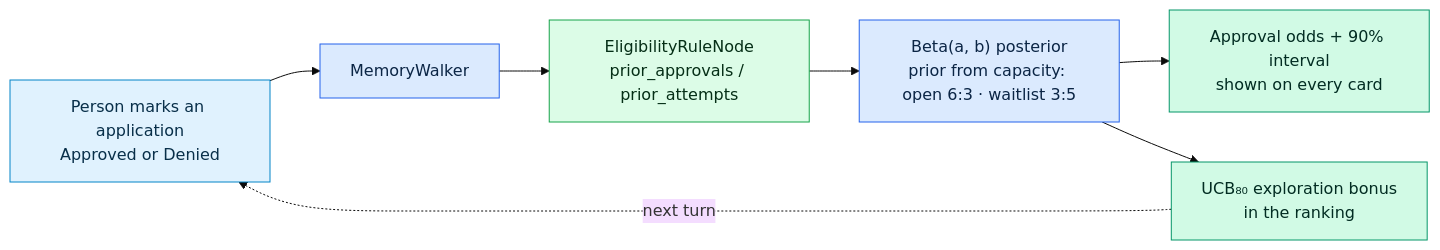
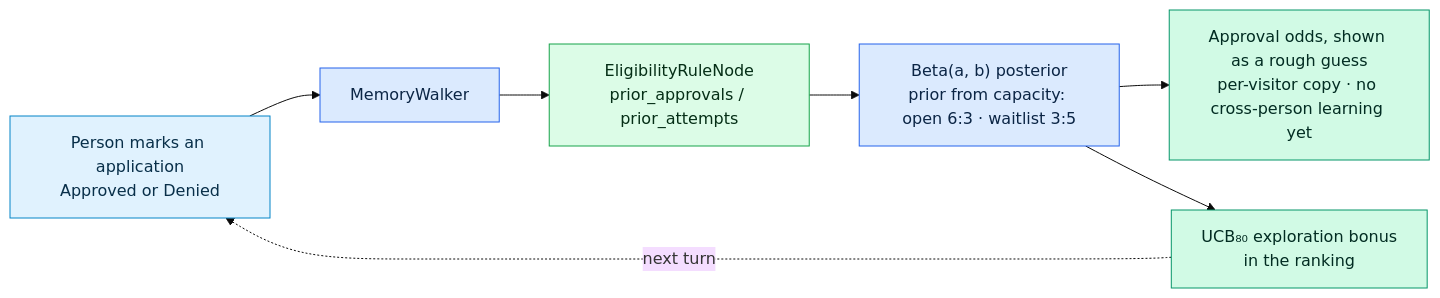
Before and after one commit to Anbu-00001/CivicMesh: the eighth of 11 diagrams in README.md, drawn with Mermaid (base theme). The commit also changed other lines of this file and 32 other files, not shown here.

````diff
--- a/README.md
+++ b/README.md
@@ -415,14 +429,14 @@
 ```mermaid
 flowchart LR
     MARK[Person marks an application<br/>Approved or Denied]:::ui --> MW[MemoryWalker]:::det
     MW --> RULE[EligibilityRuleNode<br/>prior_approvals / prior_attempts]:::data
     RULE --> BETA["Beta(a, b) posterior<br/>prior from capacity: open 6:3 · waitlist 3:5"]:::det
-    BETA --> CI[Approval odds + 90% interval<br/>shown on every card]:::ok
+    BETA --> CI[Approval odds, shown as a rough guess<br/>per-visitor copy · no cross-person learning yet]:::ok
     BETA --> UCB[UCB₈₀ exploration bonus<br/>in the ranking]:::ok
     UCB -.next turn.-> MARK
 
     classDef ui fill:#e0f2fe,stroke:#0284c7,color:#082f49
     classDef det fill:#dbeafe,stroke:#2563eb,color:#0b2545
     classDef data fill:#dcfce7,stroke:#16a34a,color:#052e16
     classDef ok fill:#d1fae5,stroke:#059669,color:#022c22
 ```
````
